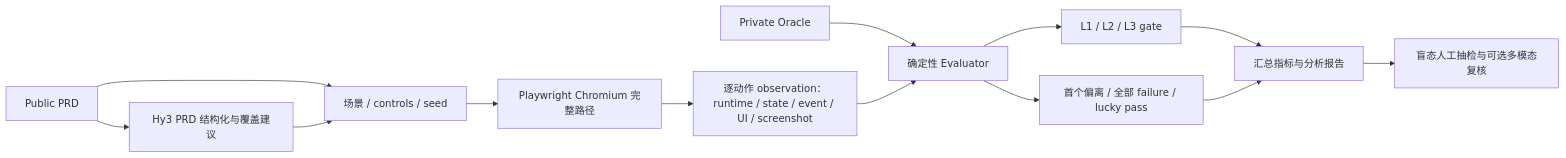
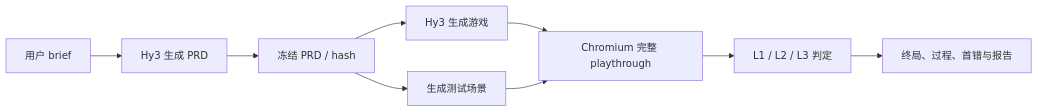
The diagram in docs/proposal.md (yu-xin-c/hy3-game-test-lab), drawn with Mermaid before and after one commit. The commit also changed other lines of this file and 17 other files, not shown here.

Commit message:
feat: add brief-to-game generation flow

````diff
--- a/docs/proposal.md
+++ b/docs/proposal.md
@@ -51,15 +19,11 @@
 ```mermaid
 flowchart LR
-  P["Public PRD"] --> H["Hy3 PRD 结构化与覆盖建议"]
-  P --> S["场景 / controls / seed"]
-  H --> S
-  S --> B["Playwright Chromium 完整路径"]
-  B --> O["逐动作 observation：runtime / state / event / UI / screenshot"]
-  Q["Private Oracle"] --> E["确定性 Evaluator"]
-  O --> E
-  E --> G["L1 / L2 / L3 gate"]
-  E --> F["首个偏离 / 全部 failure / lucky pass"]
-  G --> M["汇总指标与分析报告"]
-  F --> M
-  M --> R["盲态人工抽检与可选多模态复核"]
+  A["用户 brief"] --> B["Hy3 生成 PRD"]
+  B --> C["冻结 PRD / hash"]
+  C --> D["Hy3 生成游戏"]
+  C --> E["生成测试场景"]
+  D --> F["Chromium 完整 playthrough"]
+  E --> F
+  F --> G["L1 / L2 / L3 判定"]
+  G --> H["终局、过程、首错与报告"]
 ```
````
